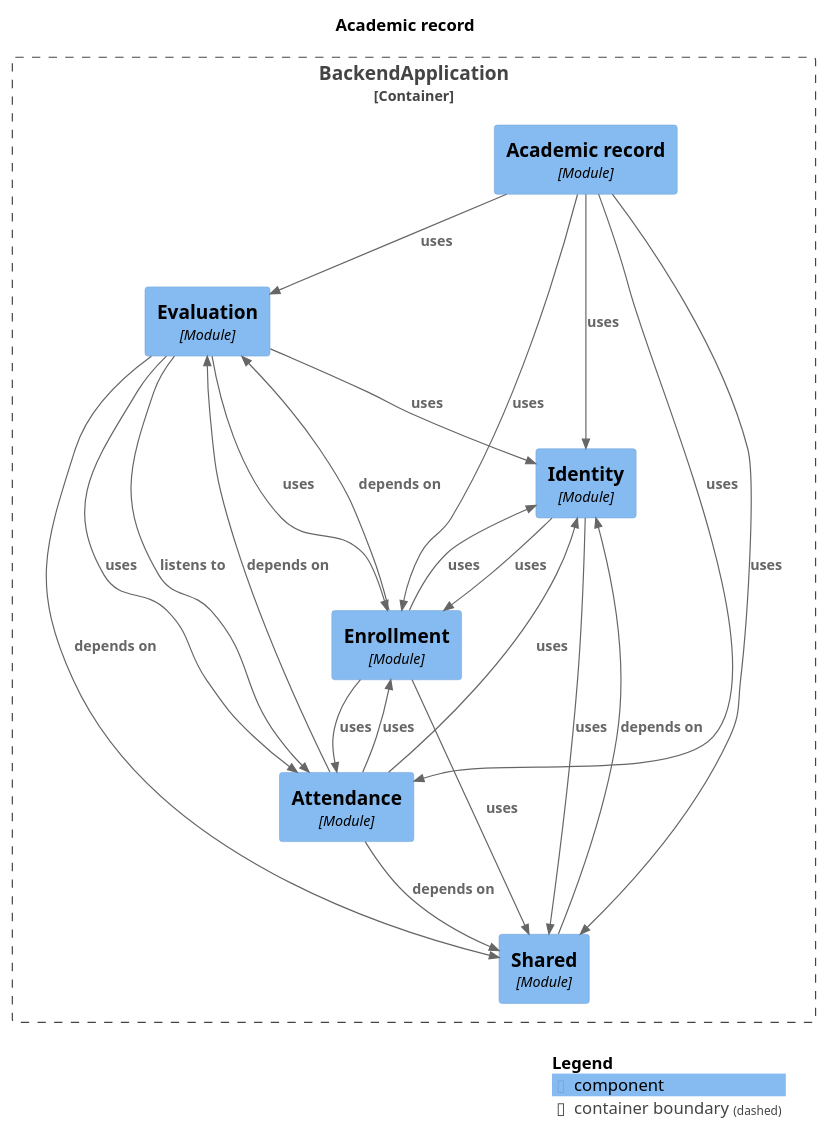
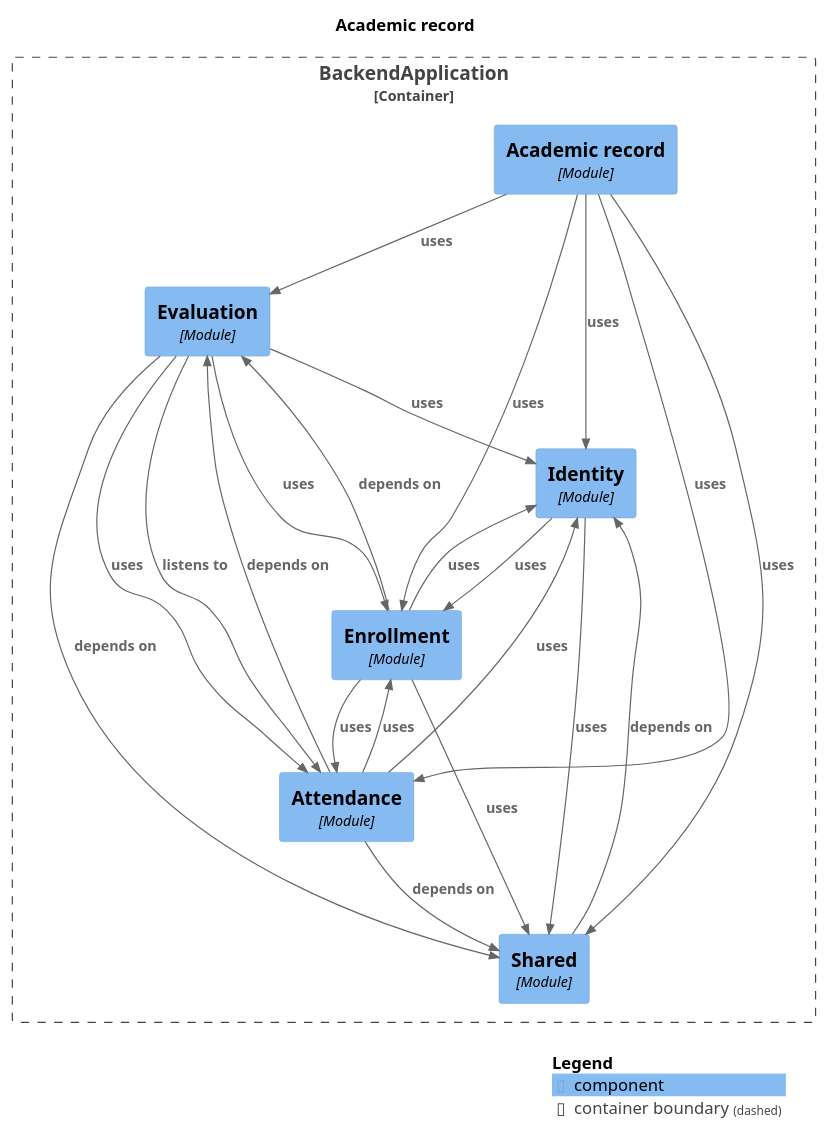
Before and after one commit to Gabriel030/agustina-bermejo-app: the diagram in docs/architecture/module-academicrecord.puml, drawn with PlantUML. The commit also changed other lines of this file and 12 other files, not shown here.

```diff
--- a/docs/architecture/module-academicrecord.puml
+++ b/docs/architecture/module-academicrecord.puml
@@ -1,43 +1,43 @@
 @startuml
 set separator none
 title Academic record
 
 top to bottom direction
 
 !include <C4/C4>
 !include <C4/C4_Context>
 !include <C4/C4_Component>
 
 Container_Boundary("BackendApplication.BackendApplication_boundary", "BackendApplication", $tags="") {
   Component(BackendApplication.BackendApplication.Evaluation, "Evaluation", $techn="Module", $descr="", $tags="", $link="")
   Component(BackendApplication.BackendApplication.Identity, "Identity", $techn="Module", $descr="", $tags="", $link="")
   Component(BackendApplication.BackendApplication.Shared, "Shared", $techn="Module", $descr="", $tags="", $link="")
   Component(BackendApplication.BackendApplication.Academicrecord, "Academic record", $techn="Module", $descr="", $tags="", $link="")
   Component(BackendApplication.BackendApplication.Attendance, "Attendance", $techn="Module", $descr="", $tags="", $link="")
   Component(BackendApplication.BackendApplication.Enrollment, "Enrollment", $techn="Module", $descr="", $tags="", $link="")
 }
 
+Rel(BackendApplication.BackendApplication.Enrollment, BackendApplication.BackendApplication.Attendance, "uses", $techn="", $tags="", $link="")
+Rel(BackendApplication.BackendApplication.Enrollment, BackendApplication.BackendApplication.Shared, "uses", $techn="", $tags="", $link="")
+Rel(BackendApplication.BackendApplication.Academicrecord, BackendApplication.BackendApplication.Identity, "uses", $techn="", $tags="", $link="")
+Rel(BackendApplication.BackendApplication.Academicrecord, BackendApplication.BackendApplication.Enrollment, "uses", $techn="", $tags="", $link="")
+Rel(BackendApplication.BackendApplication.Academicrecord, BackendApplication.BackendApplication.Attendance, "uses", $techn="", $tags="", $link="")
+Rel(BackendApplication.BackendApplication.Academicrecord, BackendApplication.BackendApplication.Evaluation, "uses", $techn="", $tags="", $link="")
+Rel(BackendApplication.BackendApplication.Academicrecord, BackendApplication.BackendApplication.Shared, "uses", $techn="", $tags="", $link="")
+Rel(BackendApplication.BackendApplication.Shared, BackendApplication.BackendApplication.Identity, "depends on", $techn="", $tags="", $link="")
 Rel(BackendApplication.BackendApplication.Identity, BackendApplication.BackendApplication.Shared, "uses", $techn="", $tags="", $link="")
 Rel(BackendApplication.BackendApplication.Identity, BackendApplication.BackendApplication.Enrollment, "uses", $techn="", $tags="", $link="")
-Rel(BackendApplication.BackendApplication.Shared, BackendApplication.BackendApplication.Identity, "depends on", $techn="", $tags="", $link="")
+Rel(BackendApplication.BackendApplication.Attendance, BackendApplication.BackendApplication.Shared, "depends on", $techn="", $tags="", $link="")
+Rel(BackendApplication.BackendApplication.Attendance, BackendApplication.BackendApplication.Evaluation, "depends on", $techn="", $tags="", $link="")
+Rel(BackendApplication.BackendApplication.Attendance, BackendApplication.BackendApplication.Enrollment, "uses", $techn="", $tags="", $link="")
+Rel(BackendApplication.BackendApplication.Attendance, BackendApplication.BackendApplication.Identity, "uses", $techn="", $tags="", $link="")
 Rel(BackendApplication.BackendApplication.Evaluation, BackendApplication.BackendApplication.Attendance, "listens to", $techn="", $tags="", $link="")
 Rel(BackendApplication.BackendApplication.Evaluation, BackendApplication.BackendApplication.Shared, "depends on", $techn="", $tags="", $link="")
 Rel(BackendApplication.BackendApplication.Evaluation, BackendApplication.BackendApplication.Identity, "uses", $techn="", $tags="", $link="")
 Rel(BackendApplication.BackendApplication.Evaluation, BackendApplication.BackendApplication.Enrollment, "uses", $techn="", $tags="", $link="")
 Rel(BackendApplication.BackendApplication.Evaluation, BackendApplication.BackendApplication.Attendance, "uses", $techn="", $tags="", $link="")
 Rel(BackendApplication.BackendApplication.Enrollment, BackendApplication.BackendApplication.Evaluation, "depends on", $techn="", $tags="", $link="")
 Rel(BackendApplication.BackendApplication.Enrollment, BackendApplication.BackendApplication.Identity, "uses", $techn="", $tags="", $link="")
-Rel(BackendApplication.BackendApplication.Enrollment, BackendApplication.BackendApplication.Attendance, "uses", $techn="", $tags="", $link="")
-Rel(BackendApplication.BackendApplication.Enrollment, BackendApplication.BackendApplication.Shared, "uses", $techn="", $tags="", $link="")
-Rel(BackendApplication.BackendApplication.Academicrecord, BackendApplication.BackendApplication.Identity, "uses", $techn="", $tags="", $link="")
-Rel(BackendApplication.BackendApplication.Academicrecord, BackendApplication.BackendApplication.Enrollment, "uses", $techn="", $tags="", $link="")
-Rel(BackendApplication.BackendApplication.Academicrecord, BackendApplication.BackendApplication.Attendance, "uses", $techn="", $tags="", $link="")
-Rel(BackendApplication.BackendApplication.Academicrecord, BackendApplication.BackendApplication.Evaluation, "uses", $techn="", $tags="", $link="")
-Rel(BackendApplication.BackendApplication.Academicrecord, BackendApplication.BackendApplication.Shared, "uses", $techn="", $tags="", $link="")
-Rel(BackendApplication.BackendApplication.Attendance, BackendApplication.BackendApplication.Shared, "depends on", $techn="", $tags="", $link="")
-Rel(BackendApplication.BackendApplication.Attendance, BackendApplication.BackendApplication.Evaluation, "depends on", $techn="", $tags="", $link="")
-Rel(BackendApplication.BackendApplication.Attendance, BackendApplication.BackendApplication.Enrollment, "uses", $techn="", $tags="", $link="")
-Rel(BackendApplication.BackendApplication.Attendance, BackendApplication.BackendApplication.Identity, "uses", $techn="", $tags="", $link="")
 
 SHOW_LEGEND(true)
 @enduml
```
